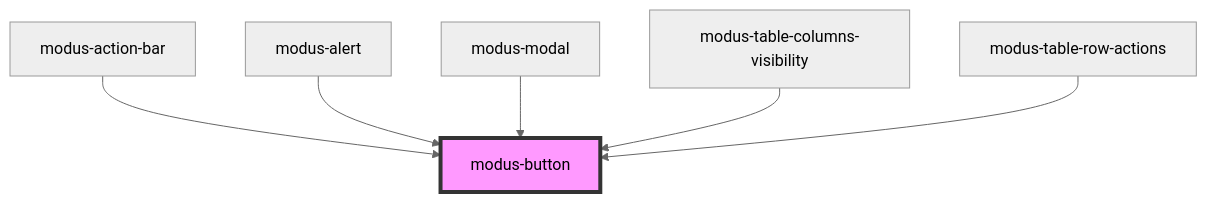
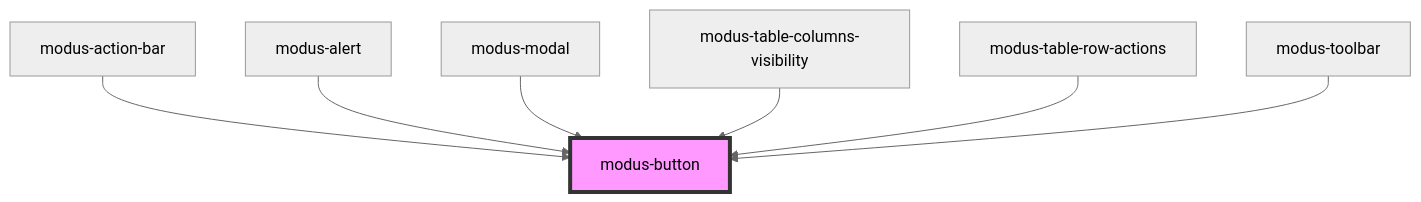
Before and after one commit to trimble-oss/modus-web-components: the diagram in stencil-workspace/src/components/modus-button/readme.md, drawn with Mermaid (neutral theme). The commit also changed other lines of this file and 13 other files, not shown here.

````diff
--- a/stencil-workspace/src/components/modus-button/readme.md
+++ b/stencil-workspace/src/components/modus-button/readme.md
@@ -70,9 +71,10 @@
 ```mermaid
 graph TD;
   modus-action-bar --> modus-button
   modus-alert --> modus-button
   modus-modal --> modus-button
   modus-table-columns-visibility --> modus-button
   modus-table-row-actions --> modus-button
+  modus-toolbar --> modus-button
   style modus-button fill:#f9f,stroke:#333,stroke-width:4px
 ```
````
